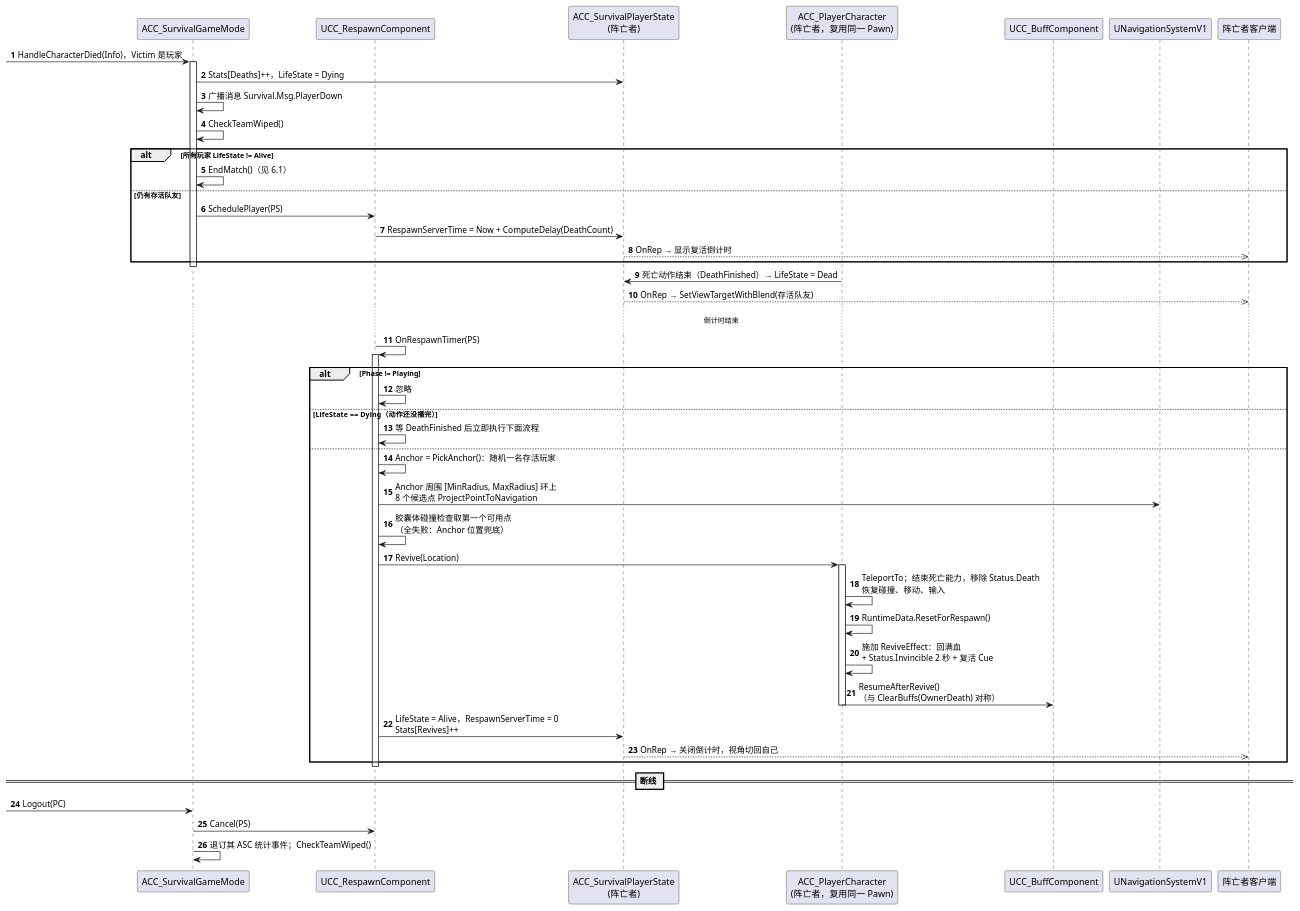
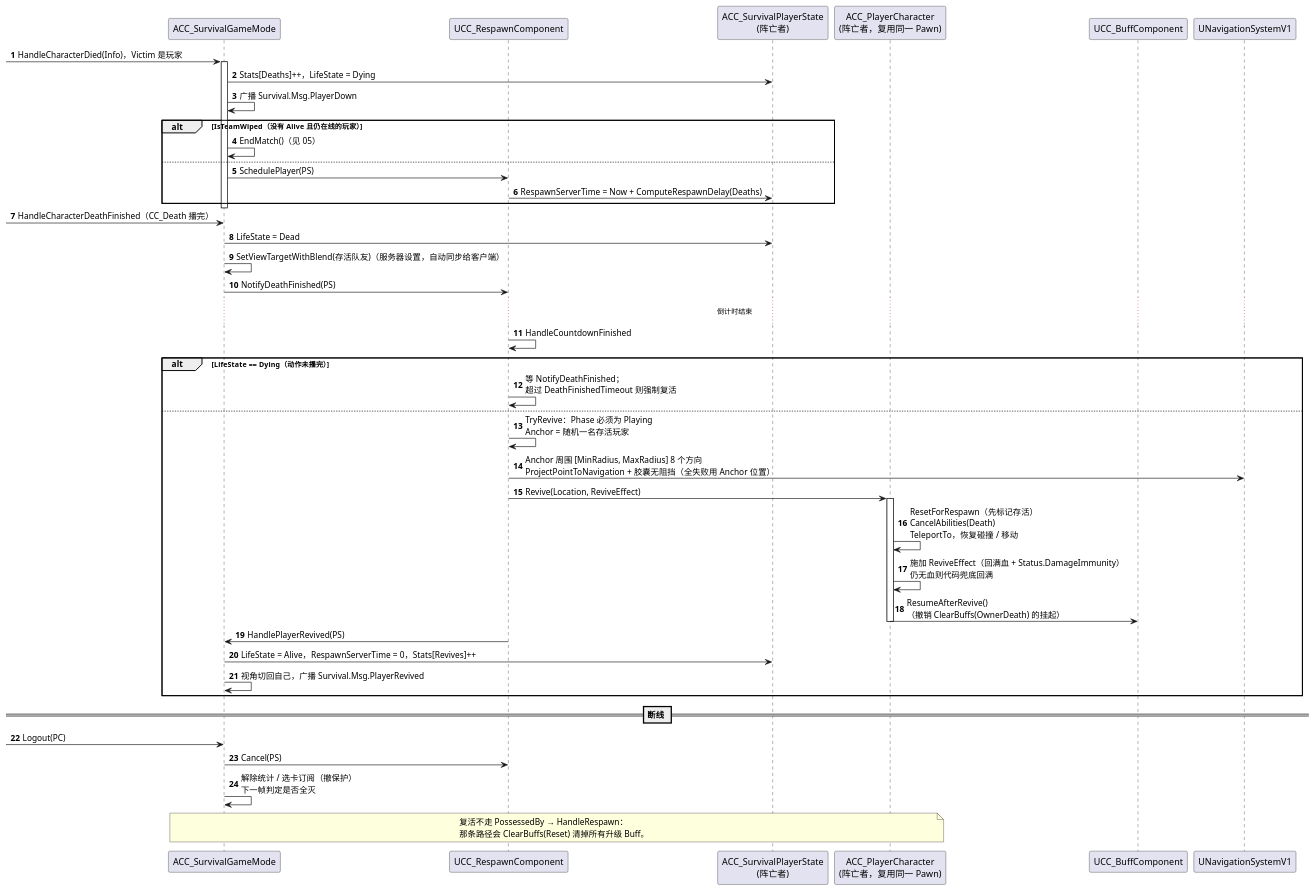
Before and after one commit to peng984251536/GAS_Demo: the tenth of 11 diagrams in Docs/SurvivalMode.zh-CN.md, drawn with PlantUML. The commit also changed other lines of this file and 141 other files, not shown here.

````diff
--- a/Docs/SurvivalMode.zh-CN.md
+++ b/Docs/SurvivalMode.zh-CN.md
@@ -716,61 +763,60 @@
 ```plantuml
 @startuml 玩家阵亡与复活
 skinparam shadowing false
 skinparam defaultFontName "Microsoft YaHei"
 autonumber
 
 participant "ACC_SurvivalGameMode" as GM
 participant "UCC_RespawnComponent" as RC
 participant "ACC_SurvivalPlayerState\n(阵亡者)" as PS
 participant "ACC_PlayerCharacter\n(阵亡者，复用同一 Pawn)" as PC
 participant "UCC_BuffComponent" as BC
 participant "UNavigationSystemV1" as NAV
-participant "阵亡者客户端" as UI
 
 [-> GM : HandleCharacterDied(Info)，Victim 是玩家
 activate GM
 GM -> PS : Stats[Deaths]++，LifeState = Dying
-GM -> GM : 广播消息 Survival.Msg.PlayerDown
-GM -> GM : CheckTeamWiped()
-alt 所有玩家 LifeState != Alive
-  GM -> GM : EndMatch()（见 6.1）
-else 仍有存活队友
+GM -> GM : 广播 Survival.Msg.PlayerDown
+alt IsTeamWiped（没有 Alive 且仍在线的玩家）
+  GM -> GM : EndMatch()（见 05）
+else
   GM -> RC : SchedulePlayer(PS)
-  RC -> PS : RespawnServerTime = Now + ComputeDelay(DeathCount)
-  PS -->> UI : OnRep → 显示复活倒计时
+  RC -> PS : RespawnServerTime = Now + ComputeRespawnDelay(Deaths)
 end
 deactivate GM
 
-PC -> PS : 死亡动作结束（DeathFinished）→ LifeState = Dead
-PS -->> UI : OnRep → SetViewTargetWithBlend(存活队友)
+[-> GM : HandleCharacterDeathFinished（CC_Death 播完）
+GM -> PS : LifeState = Dead
+GM -> GM : SetViewTargetWithBlend(存活队友)（服务器设置，自动同步给客户端）
+GM -> RC : NotifyDeathFinished(PS)
 
 ... 倒计时结束 ...
 
-RC -> RC : OnRespawnTimer(PS)
-activate RC
-alt Phase != Playing
-  RC -> RC : 忽略
-else LifeState == Dying（动作还没播完）
-  RC -> RC : 等 DeathFinished 后立即执行下面流程
+RC -> RC : HandleCountdownFinished
+alt LifeState == Dying（动作未播完）
+  RC -> RC : 等 NotifyDeathFinished；\n超过 DeathFinishedTimeout 则强制复活
 else
-  RC -> RC : Anchor = PickAnchor()：随机一名存活玩家
-  RC -> NAV : Anchor 周围 [MinRadius, MaxRadius] 环上\n8 个候选点 ProjectPointToNavigation
-  RC -> RC : 胶囊体碰撞检查取第一个可用点\n（全失败：Anchor 位置兜底）
-  RC -> PC : Revive(Location)
+  RC -> RC : TryRevive：Phase 必须为 Playing\nAnchor = 随机一名存活玩家
+  RC -> NAV : Anchor 周围 [MinRadius, MaxRadius] 8 个方向\nProjectPointToNavigation + 胶囊无阻挡（全失败用 Anchor 位置）
+  RC -> PC : Revive(Location, ReviveEffect)
   activate PC
-  PC -> PC : TeleportTo；结束死亡能力，移除 Status.Death\n恢复碰撞、移动、输入
-  PC -> PC : RuntimeData.ResetForRespawn()
-  PC -> PC : 施加 ReviveEffect：回满血\n+ Status.Invincible 2 秒 + 复活 Cue
-  PC -> BC : ResumeAfterRevive()\n（与 ClearBuffs(OwnerDeath) 对称）
+  PC -> PC : ResetForRespawn（先标记存活）\nCancelAbilities(Death)\nTeleportTo，恢复碰撞 / 移动
+  PC -> PC : 施加 ReviveEffect（回满血 + Status.DamageImmunity）\n仍无血则代码兜底回满
+  PC -> BC : ResumeAfterRevive()\n（撤销 ClearBuffs(OwnerDeath) 的挂起）
   deactivate PC
-  RC -> PS : LifeState = Alive，RespawnServerTime = 0\nStats[Revives]++
-  PS -->> UI : OnRep → 关闭倒计时，视角切回自己
+  RC -> GM : HandlePlayerRevived(PS)
+  GM -> PS : LifeState = Alive，RespawnServerTime = 0，Stats[Revives]++
+  GM -> GM : 视角切回自己，广播 Survival.Msg.PlayerRevived
 end
-deactivate RC
 
 == 断线 ==
 [-> GM : Logout(PC)
 GM -> RC : Cancel(PS)
-GM -> GM : 退订其 ASC 统计事件；CheckTeamWiped()
+GM -> GM : 解除统计 / 选卡订阅（撤保护）\n下一帧判定是否全灭
+
+note over GM, PC
+  复活不走 PossessedBy → HandleRespawn：
+  那条路径会 ClearBuffs(Reset) 清掉所有升级 Buff。
+end note
 @enduml
 ```
````
